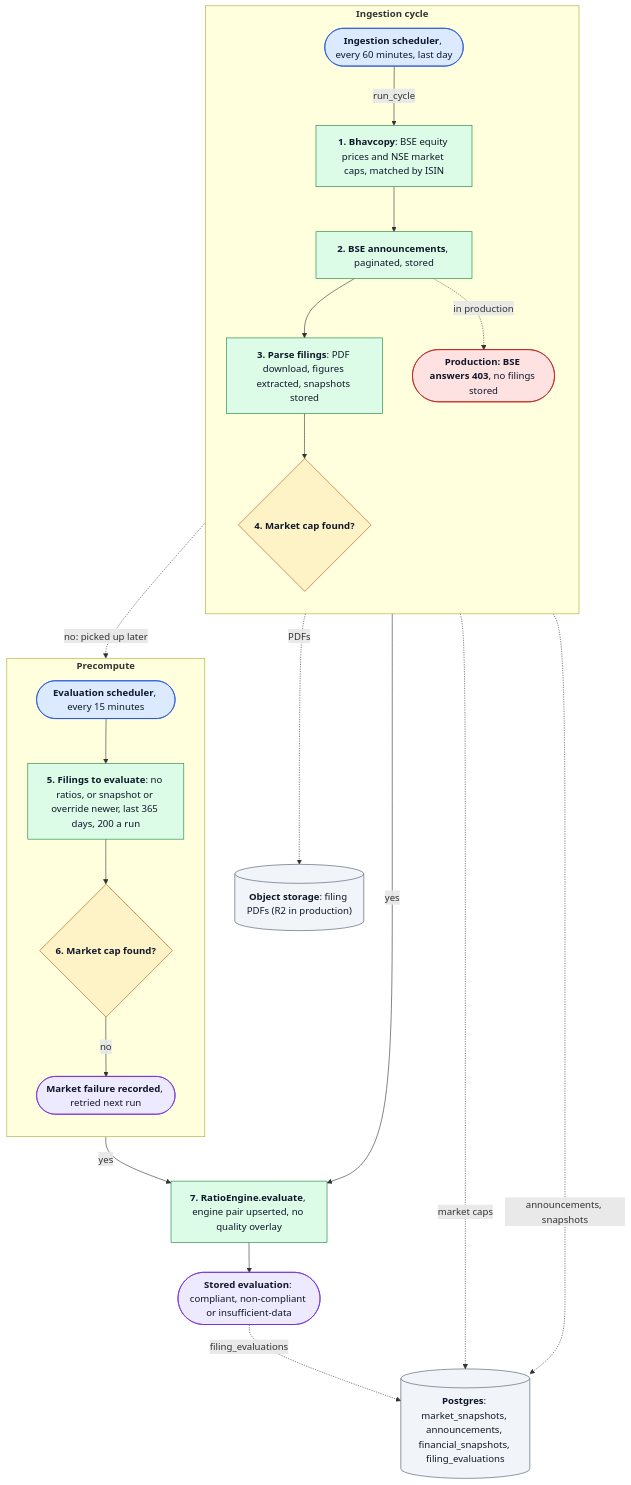
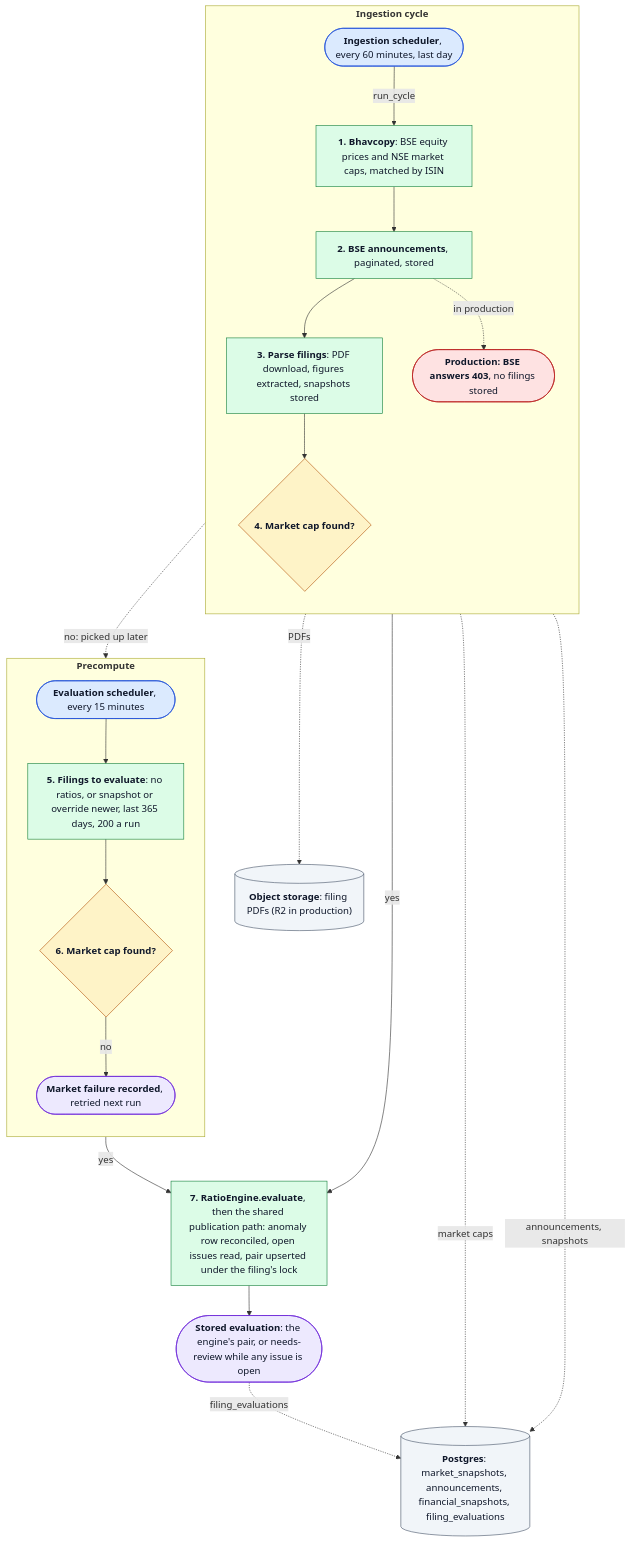
The seventh of 10 diagrams in docs/FLOW.md (hamza-aziz-ai/HalalLens), drawn with Mermaid before and after one commit. The commit also changed other lines of this file and 27 other files, not shown here.

First line of the commit message:
fix(evaluations): publish every verdict through one locked quality overlay (#222)

````diff
--- a/docs/FLOW.md
+++ b/docs/FLOW.md
@@ -444,52 +444,52 @@
 ```mermaid
 flowchart TB
   PG[("`**Postgres**: market_snapshots, announcements, financial_snapshots, filing_evaluations`")]
   OBJ[("`**Object storage**: filing PDFs (R2 in production)`")]
 
   subgraph ING["`**Ingestion cycle**`"]
     direction TB
     S1(["`**Ingestion scheduler**, every 60 minutes, last day`"])
     BHAV["`**1. Bhavcopy**: BSE equity prices and NSE market caps, matched by ISIN`"]
     ANN["`**2. BSE announcements**, paginated, stored`"]
     BLOCK(["`**Production: BSE answers 403**, no filings stored`"])
     ETL["`**3. Parse filings**: PDF download, figures extracted, snapshots stored`"]
     MC1{"`**4. Market cap found?**`"}
   end
 
   subgraph EV["`**Precompute**`"]
     direction TB
     S2(["`**Evaluation scheduler**, every 15 minutes`"])
     PICK["`**5. Filings to evaluate**: no ratios, or snapshot or override newer, last 365 days, 200 a run`"]
     MC2{"`**6. Market cap found?**`"}
     MISS(["`**Market failure recorded**, retried next run`"])
   end
 
-  ENG["`**7. RatioEngine.evaluate**, engine pair upserted, no quality overlay`"]
-  OUT(["`**Stored evaluation**: compliant, non-compliant or insufficient-data`"])
+  ENG["`**7. RatioEngine.evaluate**, then the shared publication path: anomaly row reconciled, open issues read, pair upserted under the filing's lock`"]
+  OUT(["`**Stored evaluation**: the engine's pair, or needs-review while any issue is open`"])
 
   S1 -->|"`run_cycle`"| BHAV --> ANN --> ETL --> MC1
   ANN -.->|"`in production`"| BLOCK
   BHAV -.->|"`market caps`"| PG
   ETL -.->|"`PDFs`"| OBJ
   ETL -.->|"`announcements, snapshots`"| PG
   MC1 -->|"`yes`"| ENG
   MC1 -.->|"`no: picked up later`"| PICK
   S2 --> PICK --> MC2
   MC2 -->|"`no`"| MISS
   MC2 -->|"`yes`"| ENG
   ENG --> OUT
   OUT -.->|"`filing_evaluations`"| PG
 
   classDef ingress fill:#dbeafe,stroke:#1d4ed8,color:#0f172a
   classDef step fill:#dcfce7,stroke:#15803d,color:#0f172a
   classDef decision fill:#fef3c7,stroke:#b45309,color:#0f172a
   classDef outcome fill:#ede9fe,stroke:#6d28d9,color:#0f172a
   classDef store fill:#f1f5f9,stroke:#475569,color:#0f172a
   classDef error fill:#fee2e2,stroke:#b91c1c,color:#0f172a
   class S1,S2 ingress
   class BHAV,ANN,ETL,PICK,ENG step
   class MC1,MC2 decision
   class OUT,MISS outcome
   class PG,OBJ store
   class BLOCK error
 ```
````
